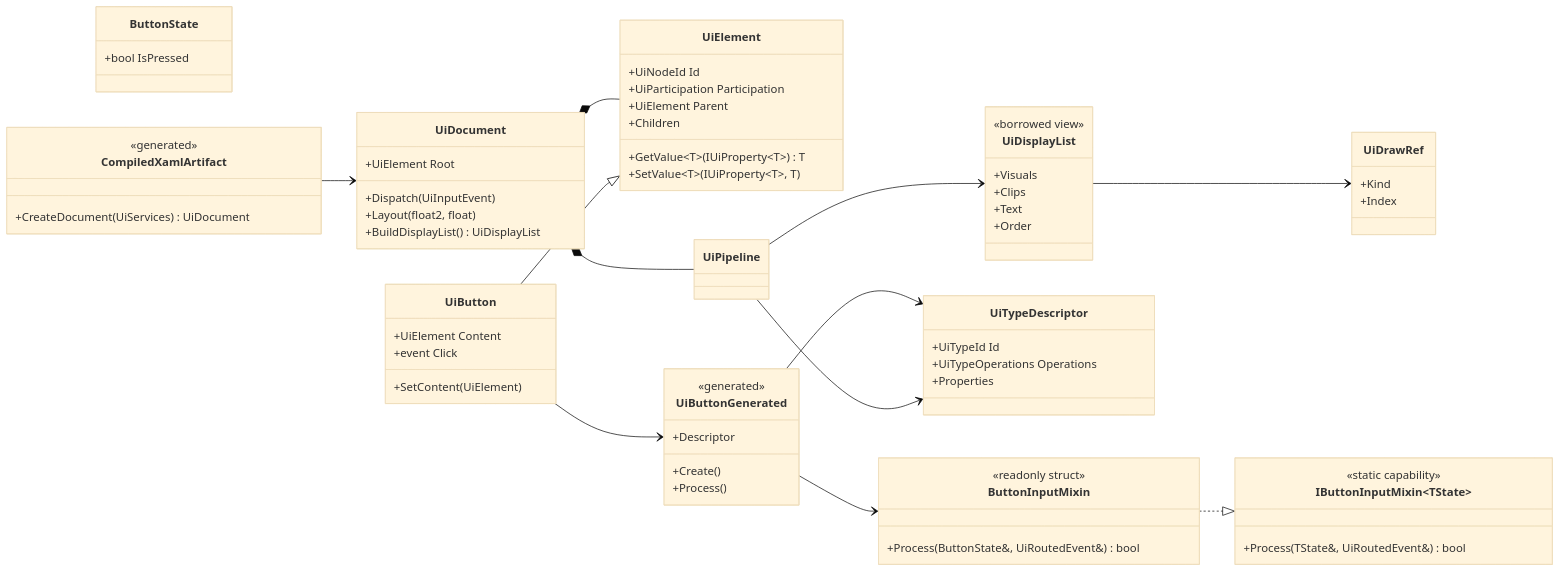
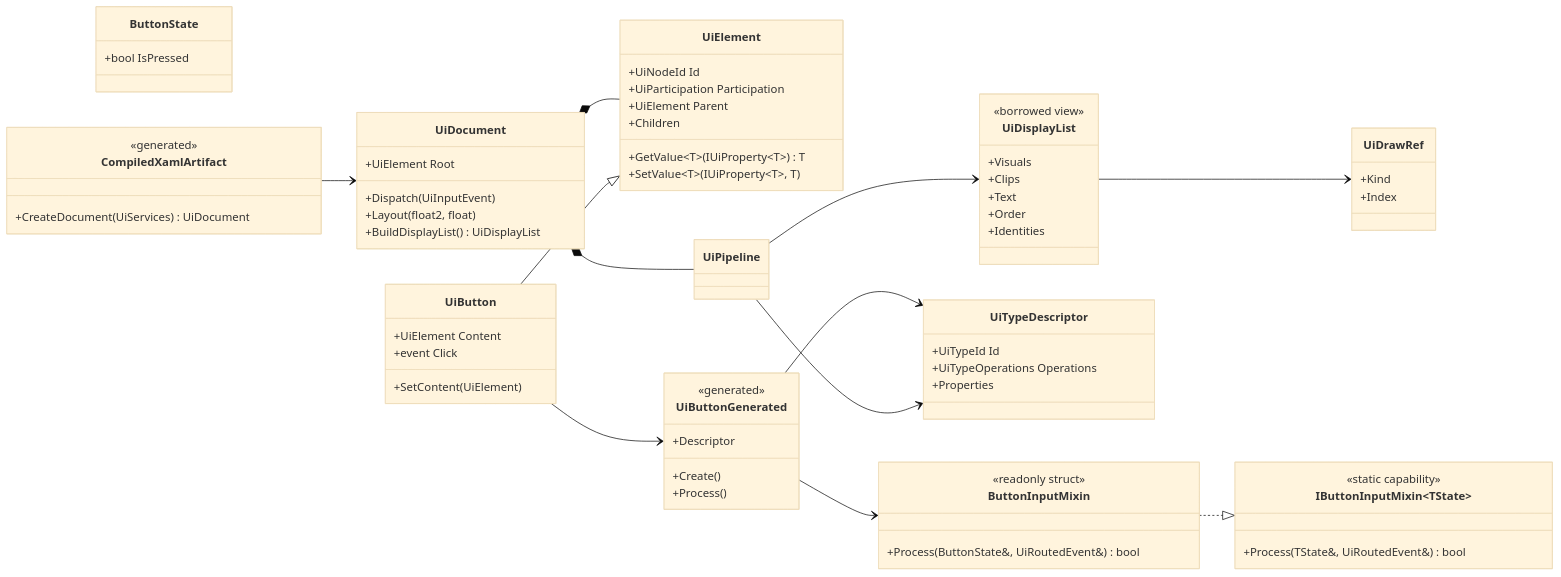
One commit to Artromskiy/DeltaXAML changed the diagram in docs/INTERNAL.md. Above: the diagram before and after it, drawn with Mermaid (base theme). The commit also changed other lines of this file and 11 other files, not shown here.

```diff
--- a/docs/INTERNAL.md
+++ b/docs/INTERNAL.md
@@ -846,6 +848,7 @@
         +Clips
         +Text
         +Order
+        +Identities
     }
     class UiDrawRef {
         +Kind
```
